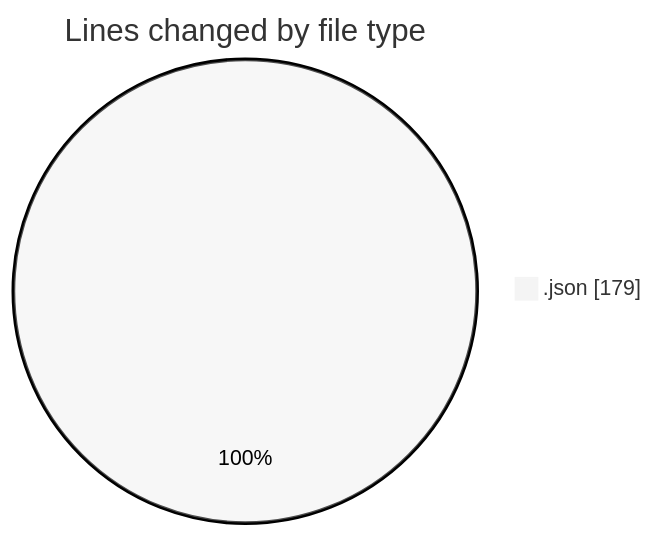
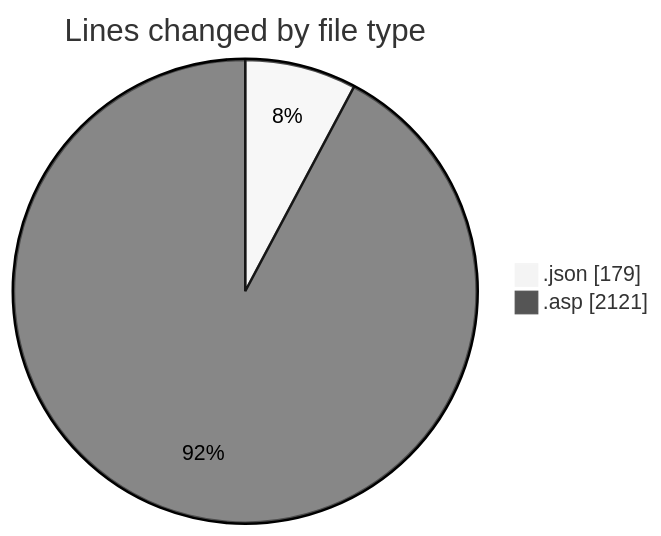
Before and after one commit to julien-gomy/code-tracking: the first of 2 diagrams in 2025-11-17/cdp_aleoudev_fr__workspace_/README.md, drawn with Mermaid (neutral theme). The commit also changed other lines of this file and 1 other file, not shown here.

````diff
--- a/2025-11-17/cdp_aleoudev_fr__workspace_/README.md
+++ b/2025-11-17/cdp_aleoudev_fr__workspace_/README.md
@@ -20,5 +21,6 @@
 ```mermaid
 pie showData
 title Lines changed by file type
 ".json" : 179
+".asp" : 2121
 ```
````
